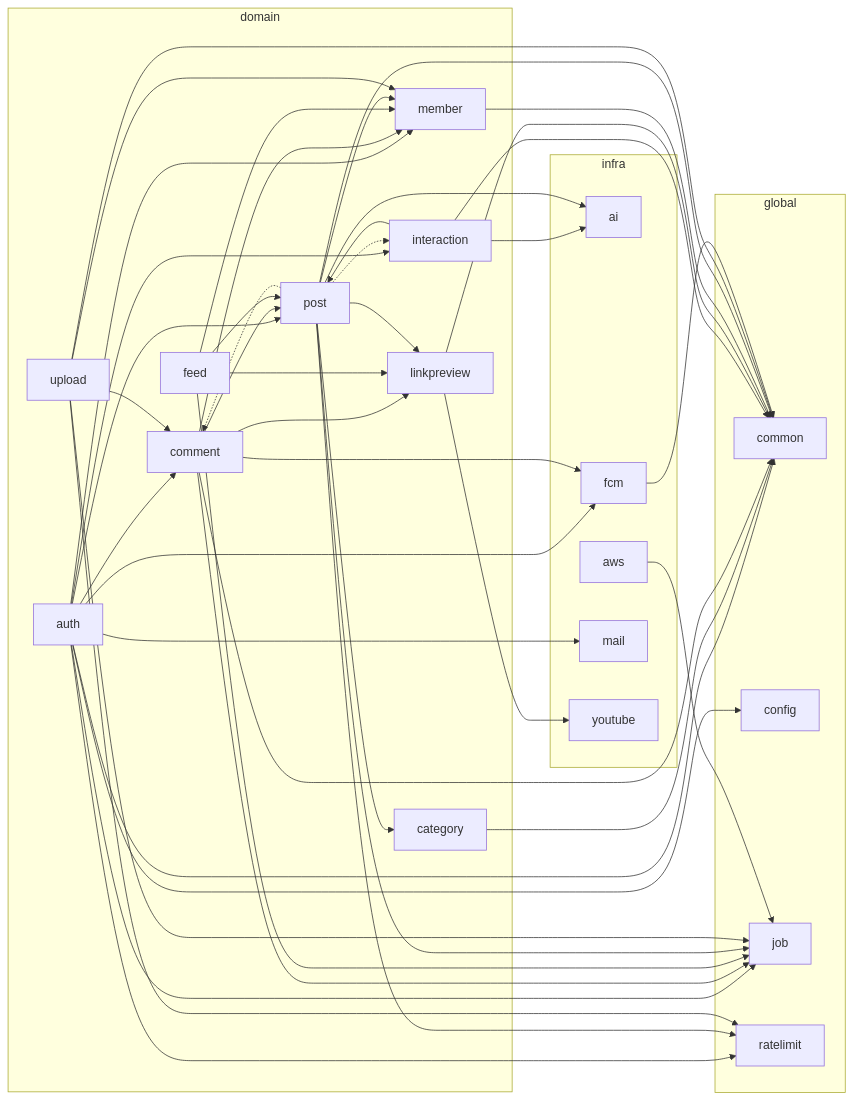
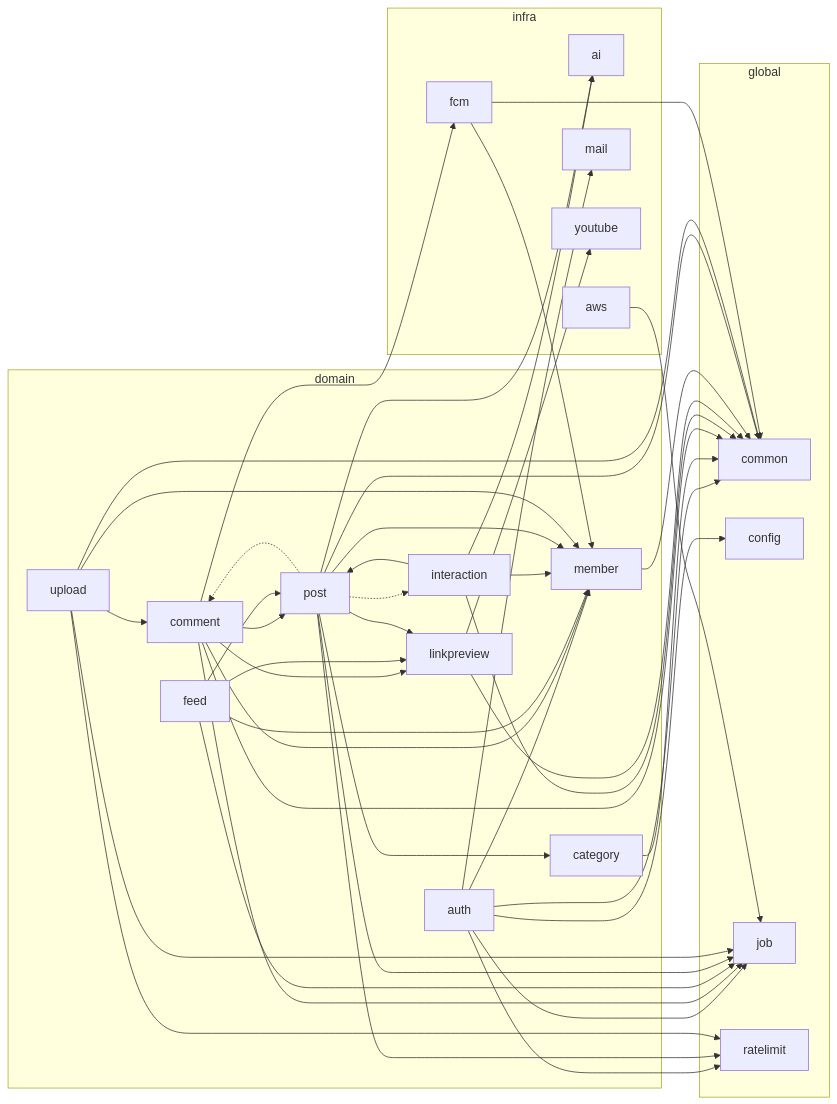
The second of 4 diagrams in docs/BE-ARCHITECTURE.md (BAECHAN/link-sphere_BE_NEW), drawn with Mermaid before and after one commit. The commit also changed other lines of this file and 34 other files, not shown here.

````diff
--- a/docs/BE-ARCHITECTURE.md
+++ b/docs/BE-ARCHITECTURE.md
@@ -91,70 +91,68 @@
 ```mermaid
 flowchart LR
   subgraph domain
     domain_auth["auth"]
     domain_category["category"]
     domain_comment["comment"]
     domain_feed["feed"]
     domain_interaction["interaction"]
     domain_linkpreview["linkpreview"]
     domain_member["member"]
     domain_post["post"]
     domain_upload["upload"]
   end
   subgraph global
     global_common["common"]
     global_config["config"]
     global_job["job"]
     global_ratelimit["ratelimit"]
   end
   subgraph infra
     infra_ai["ai"]
     infra_aws["aws"]
     infra_fcm["fcm"]
     infra_mail["mail"]
     infra_youtube["youtube"]
   end
-  domain_auth --> domain_comment
-  domain_auth --> domain_interaction
   domain_auth --> domain_member
-  domain_auth --> domain_post
   domain_auth --> global_common
   domain_auth --> global_config
   domain_auth --> global_job
   domain_auth --> global_ratelimit
-  domain_auth --> infra_fcm
   domain_auth --> infra_mail
   domain_category --> global_common
   domain_comment --> domain_linkpreview
   domain_comment --> domain_member
   domain_comment --> domain_post
   domain_comment --> global_common
   domain_comment --> global_job
   domain_comment --> infra_fcm
   domain_feed --> domain_linkpreview
   domain_feed --> domain_member
   domain_feed --> domain_post
   domain_feed --> global_job
+  domain_interaction --> domain_member
   domain_interaction --> domain_post
   domain_interaction --> global_common
   domain_interaction --> infra_ai
   domain_linkpreview --> global_common
   domain_linkpreview --> infra_youtube
   domain_member --> global_common
   domain_post --> domain_category
   domain_post -.-> domain_comment
   domain_post -.-> domain_interaction
   domain_post --> domain_linkpreview
   domain_post --> domain_member
   domain_post --> global_common
   domain_post --> global_job
   domain_post --> global_ratelimit
   domain_post --> infra_ai
   domain_upload --> domain_comment
   domain_upload --> domain_member
   domain_upload --> global_common
   domain_upload --> global_job
   domain_upload --> global_ratelimit
   infra_aws --> global_job
+  infra_fcm --> domain_member
   infra_fcm --> global_common
 ```
````
